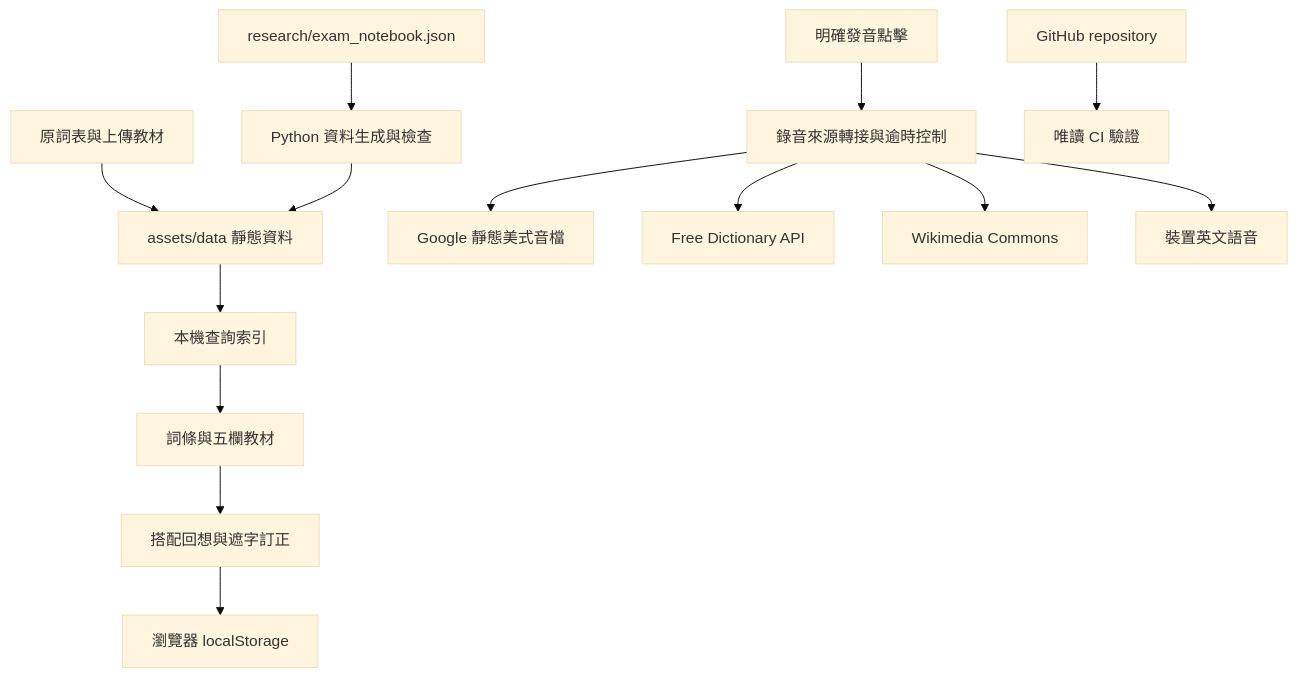
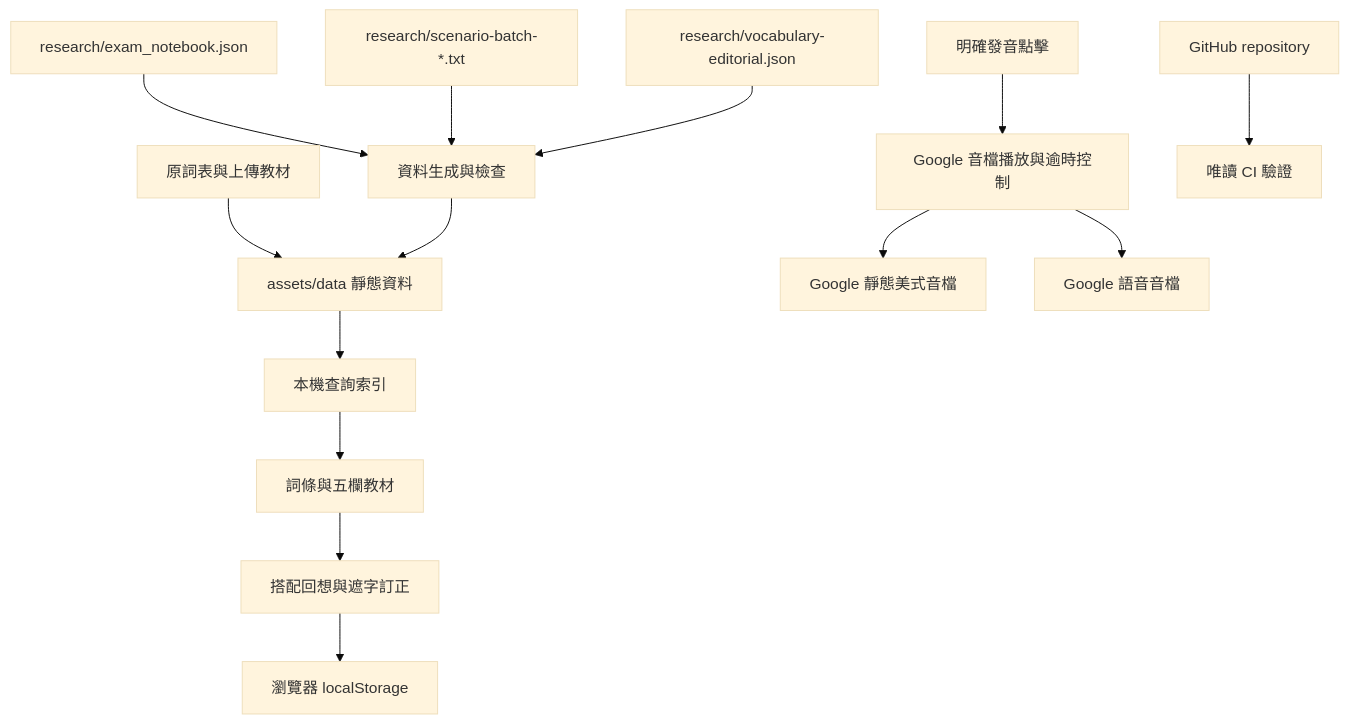
One commit to jasoart/E changed the diagram in docs/ARCHITECTURE.md. Above: the diagram before and after it, drawn with Mermaid (base theme). The commit also changed other lines of this file and 63 other files, not shown here.

````diff
--- a/docs/ARCHITECTURE.md
+++ b/docs/ARCHITECTURE.md
@@ -5,16 +5,16 @@
 ```mermaid
 flowchart TD
     Source[原詞表與上傳教材] --> Data[assets/data 靜態資料]
-    Notes[research/exam_notebook.json] --> Build[Python 資料生成與檢查]
+    Notes[research/exam_notebook.json] --> Build[資料生成與檢查]
+    Scenarios[research/scenario-batch-*.txt] --> Build
+    Enrichment[research/vocabulary-editorial.json] --> Build
     Build --> Data
     Data --> Index[本機查詢索引]
     Index --> UI[詞條與五欄教材]
     UI --> Practice[搭配回想與遮字訂正]
     Practice --> Storage[瀏覽器 localStorage]
-    Click[明確發音點擊] --> Audio[錄音來源轉接與逾時控制]
+    Click[明確發音點擊] --> Audio[Google 音檔播放與逾時控制]
     Audio --> Gstatic[Google 靜態美式音檔]
-    Audio --> Dictionary[Free Dictionary API]
-    Audio --> Commons[Wikimedia Commons]
-    Audio --> Device[裝置英文語音]
+    Audio --> GoogleTTS[Google 語音音檔]
     Repo[GitHub repository] --> CI[唯讀 CI 驗證]
 ```
````
